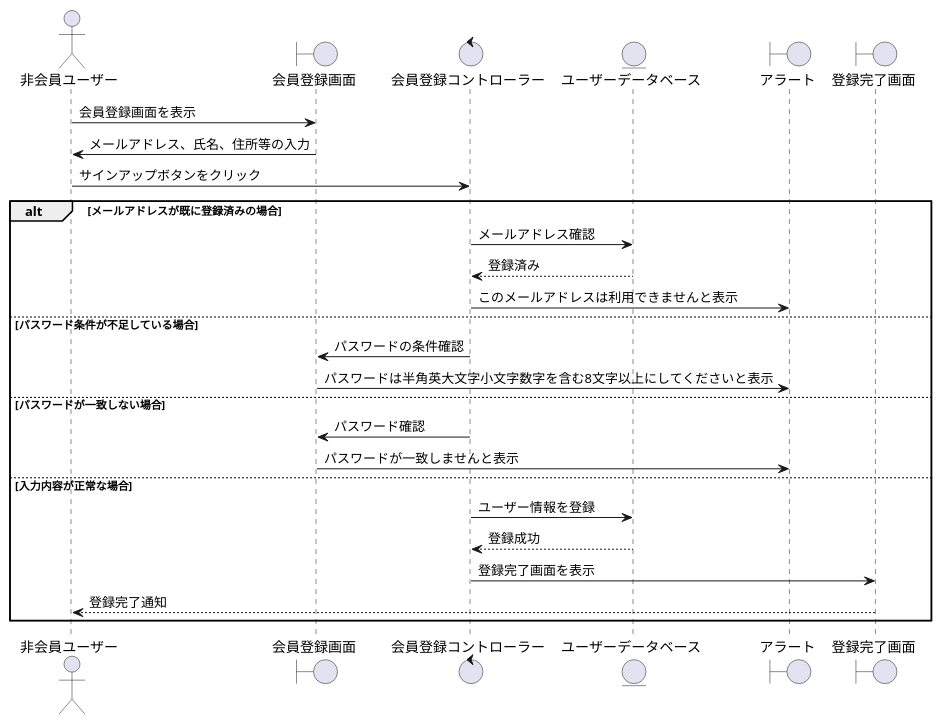
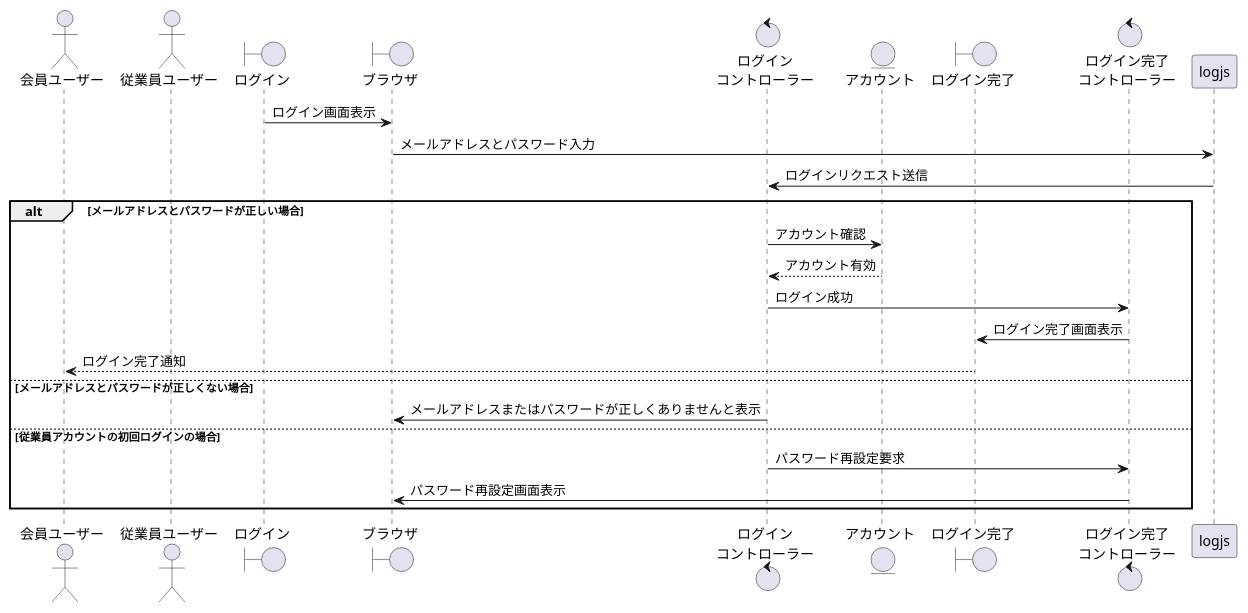
One commit to ysyk-wtnb16/team_D changed the diagram in BBショップ/ログイン.wsd. Above: the diagram before and after it, drawn with PlantUML. The commit also changed 1 other file, not shown here.

```diff
--- a/BBショップ/ログイン.wsd
+++ b/BBショップ/ログイン.wsd
@@ -1,30 +1,28 @@
-@startuml registration
-actor "非会員ユーザー" as user
-boundary "会員登録画面" as reg
-control "会員登録コントローラー" as regc
-entity "ユーザーデータベース" as db
-boundary "アラート" as alert
-boundary "登録完了画面" as regk
-
-user -> reg: 会員登録画面を表示
-reg -> user: メールアドレス、氏名、住所等の入力
-user -> regc: サインアップボタンをクリック
-
-alt メールアドレスが既に登録済みの場合
-    regc -> db: メールアドレス確認
-    db --> regc: 登録済み
-    regc -> alert: このメールアドレスは利用できませんと表示
-else パスワード条件が不足している場合
-    regc -> reg: パスワードの条件確認
-    reg -> alert: パスワードは半角英大文字小文字数字を含む8文字以上にしてくださいと表示
-else パスワードが一致しない場合
-    regc -> reg: パスワード確認
-    reg -> alert: パスワードが一致しませんと表示
-else 入力内容が正常な場合
-    regc -> db: ユーザー情報を登録
-    db --> regc: 登録成功
-    regc -> regk: 登録完了画面を表示
-    regk --> user: 登録完了通知
+@startuml login
+actor "会員ユーザー" as member
+actor "従業員ユーザー" as employee
+boundary "ログイン" as log
+boundary "ブラウザ" as brz
+control "ログイン\nコントローラー" as logc
+entity "アカウント" as account
+boundary "ログイン完了" as logk
+control "ログイン完了\nコントローラー" as logc2
+ 
+log -> brz: ログイン画面表示
+brz -> logjs: メールアドレスとパスワード入力
+logjs -> logc: ログインリクエスト送信
+ 
+alt メールアドレスとパスワードが正しい場合
+    logc -> account: アカウント確認
+    account --> logc: アカウント有効
+    logc -> logc2: ログイン成功
+    logc2 -> logk: ログイン完了画面表示
+    logk --> member: ログイン完了通知
+else メールアドレスとパスワードが正しくない場合
+    logc -> brz: メールアドレスまたはパスワードが正しくありませんと表示
+else 従業員アカウントの初回ログインの場合
+    logc -> logc2: パスワード再設定要求
+    logc2 -> brz: パスワード再設定画面表示
 end
-
+ 
 @enduml
```
